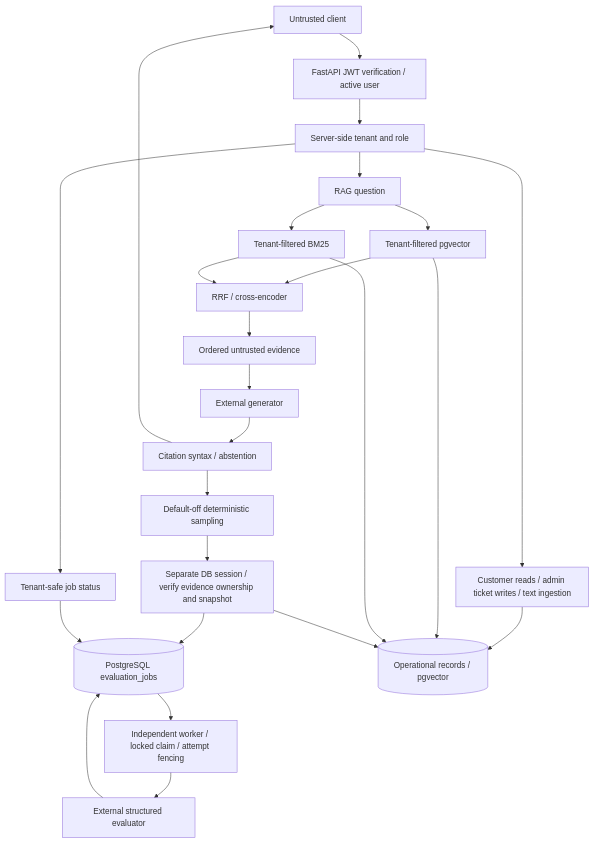
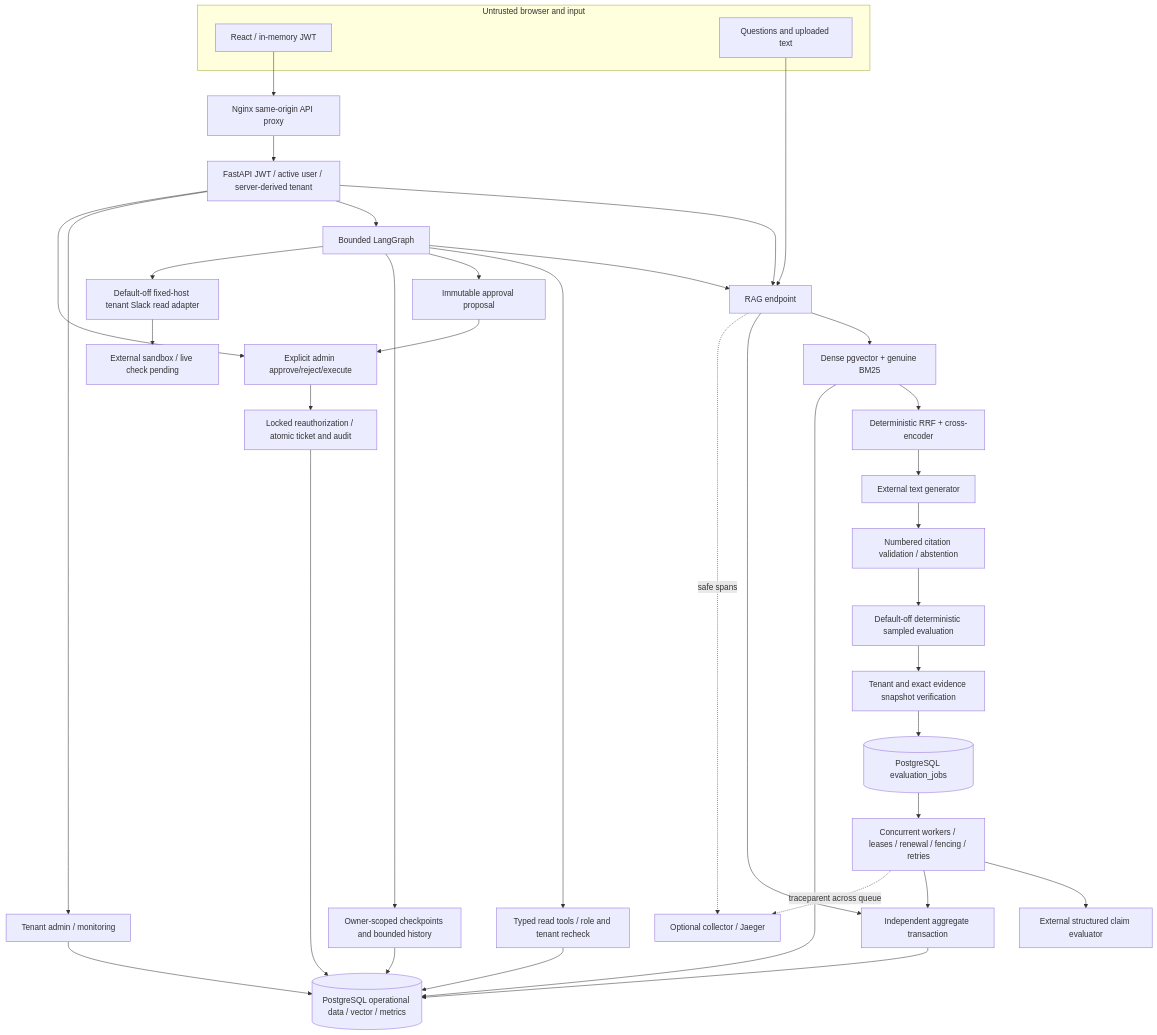
One commit to aashikazim/enterprise-ai-operations-copilot changed the diagram in docs/ARCHITECTURE.md. Above: the diagram before and after it, drawn with Mermaid. The commit also changed other lines of this file and 17 other files, not shown here.

````diff
--- a/docs/ARCHITECTURE.md
+++ b/docs/ARCHITECTURE.md
@@ -5,27 +6,41 @@
 ```mermaid
 flowchart TD
-    Client[Untrusted client] --> Auth[FastAPI JWT verification / active user]
-    Auth --> Tenant[Server-side tenant and role]
-    Tenant --> CRUD[Customer reads / admin ticket writes / text ingestion]
-    Tenant --> RAG[RAG question]
-    RAG --> Dense[Tenant-filtered pgvector]
-    RAG --> BM25[Tenant-filtered BM25]
-    Dense --> Fusion[RRF / cross-encoder]
-    BM25 --> Fusion
-    Fusion --> Context[Ordered untrusted evidence]
-    Context --> LLM[External generator]
-    LLM --> Validate[Citation syntax / abstention]
-    Validate --> Client
-    Validate --> Sample[Default-off deterministic sampling]
-    Sample --> Verify[Separate DB session / verify evidence ownership and snapshot]
-    Verify --> Queue[(PostgreSQL evaluation_jobs)]
-    Queue --> Worker[Independent worker / locked claim / attempt fencing]
-    Worker --> Judge[External structured evaluator]
-    Judge --> Queue
-    Tenant --> Status[Tenant-safe job status]
-    Status --> Queue
-    CRUD --> DB[(Operational records / pgvector)]
-    Dense --> DB
-    BM25 --> DB
-    Verify --> DB
+  subgraph Untrusted[Untrusted browser and input]
+    UI[React / in-memory JWT]
+    Docs[Questions and uploaded text]
+  end
+  UI --> Proxy[Nginx same-origin API proxy]
+  Proxy --> Auth[FastAPI JWT / active user / server-derived tenant]
+  Auth --> RAG[RAG endpoint]
+  Auth --> Graph[Bounded LangGraph]
+  Auth --> Admin[Tenant admin / monitoring]
+  Docs --> RAG
+  Graph --> RAG
+  Graph --> Read[Typed read tools / role and tenant recheck]
+  Graph --> Prop[Immutable approval proposal]
+  Auth --> Decision[Explicit admin approve/reject/execute]
+  Prop --> Decision
+  Decision --> Atomic[Locked reauthorization / atomic ticket and audit]
+  Graph --> CP[Owner-scoped checkpoints and bounded history]
+  RAG --> Retrieve[Dense pgvector + genuine BM25]
+  Retrieve --> Rank[Deterministic RRF + cross-encoder]
+  Rank --> Gen[External text generator]
+  Gen --> Citations[Numbered citation validation / abstention]
+  Citations --> Sample[Default-off deterministic sampled evaluation]
+  Sample --> Verify[Tenant and exact evidence snapshot verification]
+  Verify --> Queue[(PostgreSQL evaluation_jobs)]
+  Queue --> Worker[Concurrent workers / leases / renewal / fencing / retries]
+  Worker --> Eval[External structured claim evaluator]
+  RAG --> Metric[Independent aggregate transaction]
+  Worker --> Metric
+  Admin --> PG[(PostgreSQL operational data / vector / metrics)]
+  Metric --> PG
+  Read --> PG
+  Atomic --> PG
+  CP --> PG
+  Retrieve --> PG
+  Graph --> Connector[Default-off fixed-host tenant Slack read adapter]
+  Connector --> Slack[External sandbox / live check pending]
+  RAG -. safe spans .-> OTEL[Optional collector / Jaeger]
+  Worker -. traceparent across queue .-> OTEL
 ```
````
